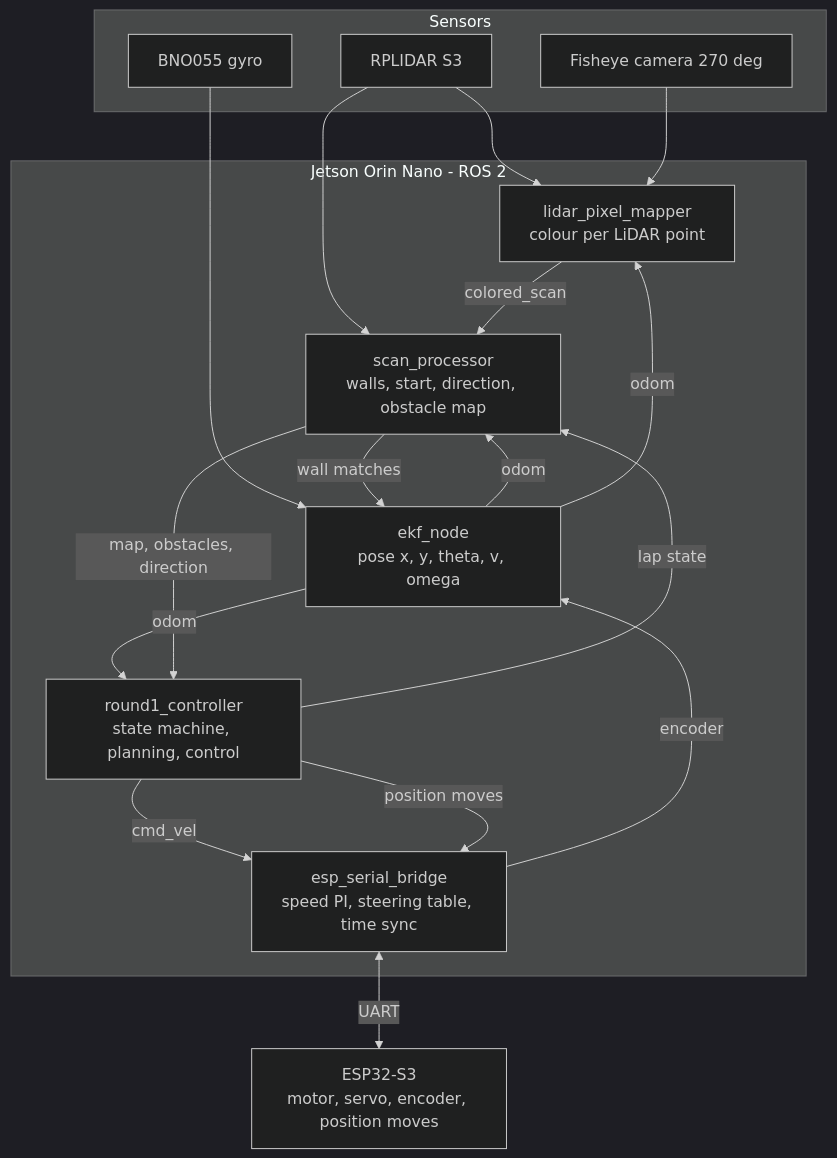
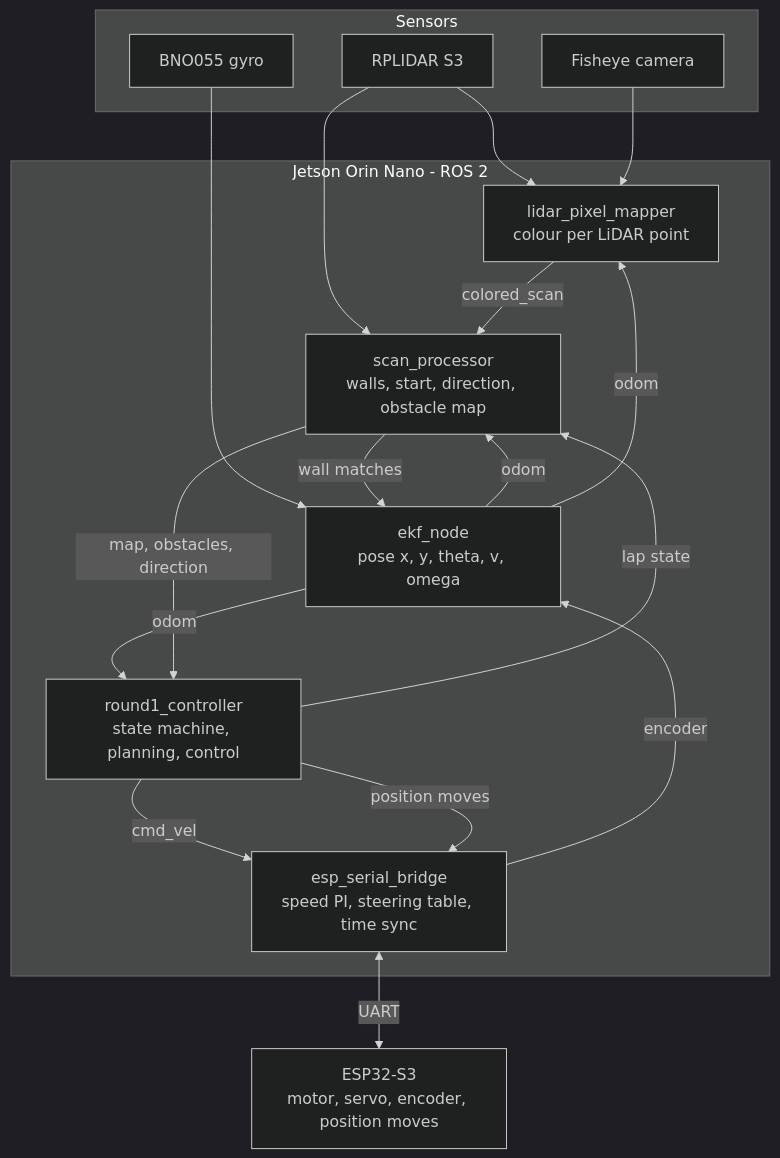
Before and after one commit to Mac-Lego-RMS/JetsonOrinNano: the first of 3 diagrams in docs/journal/04-software.md, drawn with Mermaid (dark theme). The commit also changed other lines of this file and 2 other files, not shown here.

````diff
--- a/docs/journal/04-software.md
+++ b/docs/journal/04-software.md
@@ -38,31 +38,31 @@
 ```mermaid
 flowchart TB
   subgraph Sensors
     lidar[RPLIDAR S3]
-    cam[Fisheye camera 270 deg]
+    cam[Fisheye camera]
     imu[BNO055 gyro]
   end
   subgraph Jetson["Jetson Orin Nano - ROS 2"]
     fusion[lidar_pixel_mapper<br/>colour per LiDAR point]
     scan[scan_processor<br/>walls, start, direction, obstacle map]
     ekf[ekf_node<br/>pose x, y, theta, v, omega]
     ctrl[round1_controller<br/>state machine, planning, control]
     bridge[esp_serial_bridge<br/>speed PI, steering table, time sync]
   end
   esp[ESP32-S3<br/>motor, servo, encoder, position moves]
   lidar --> fusion
   cam --> fusion
   lidar --> scan
   fusion -- colored_scan --> scan
   imu --> ekf
   scan -- wall matches --> ekf
   bridge -- encoder --> ekf
   ekf -- odom --> scan
   ekf -- odom --> fusion
   ekf -- odom --> ctrl
   scan -- map, obstacles, direction --> ctrl
   ctrl -- lap state --> scan
   ctrl -- cmd_vel --> bridge
   ctrl -- position moves --> bridge
   bridge <-- UART --> esp
 ```
````
